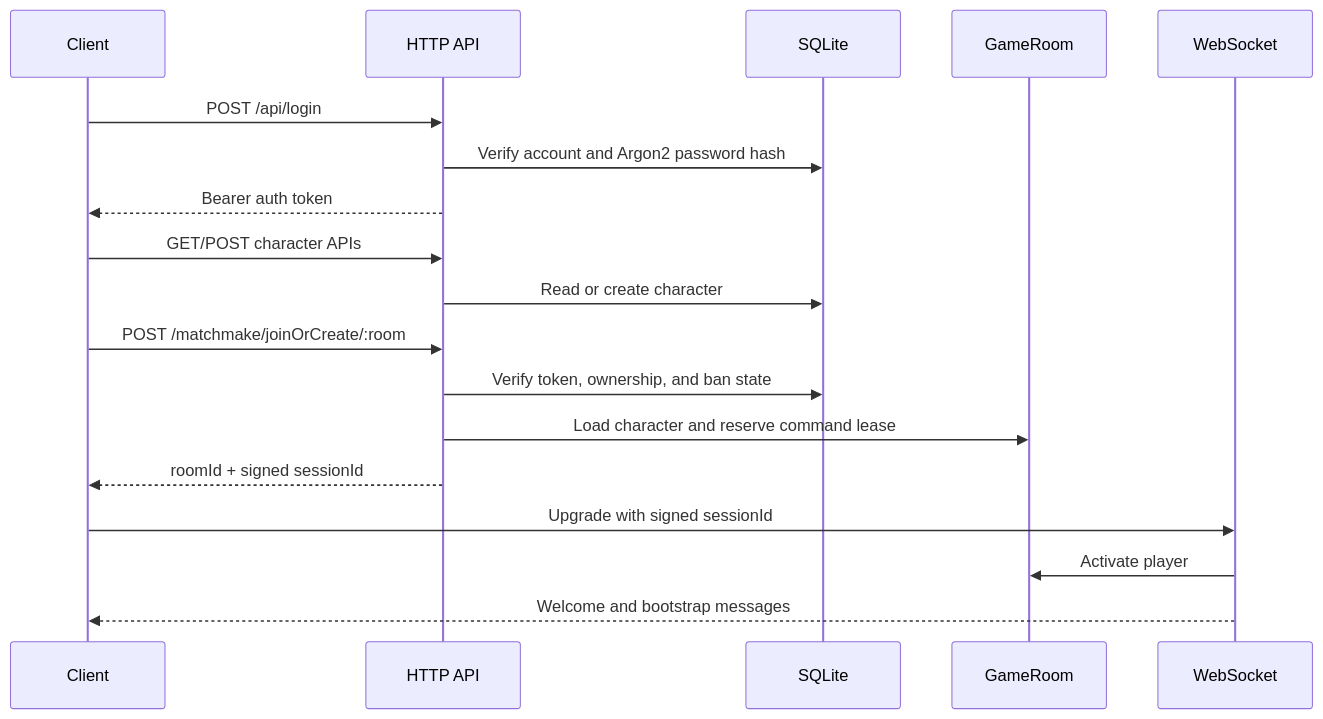
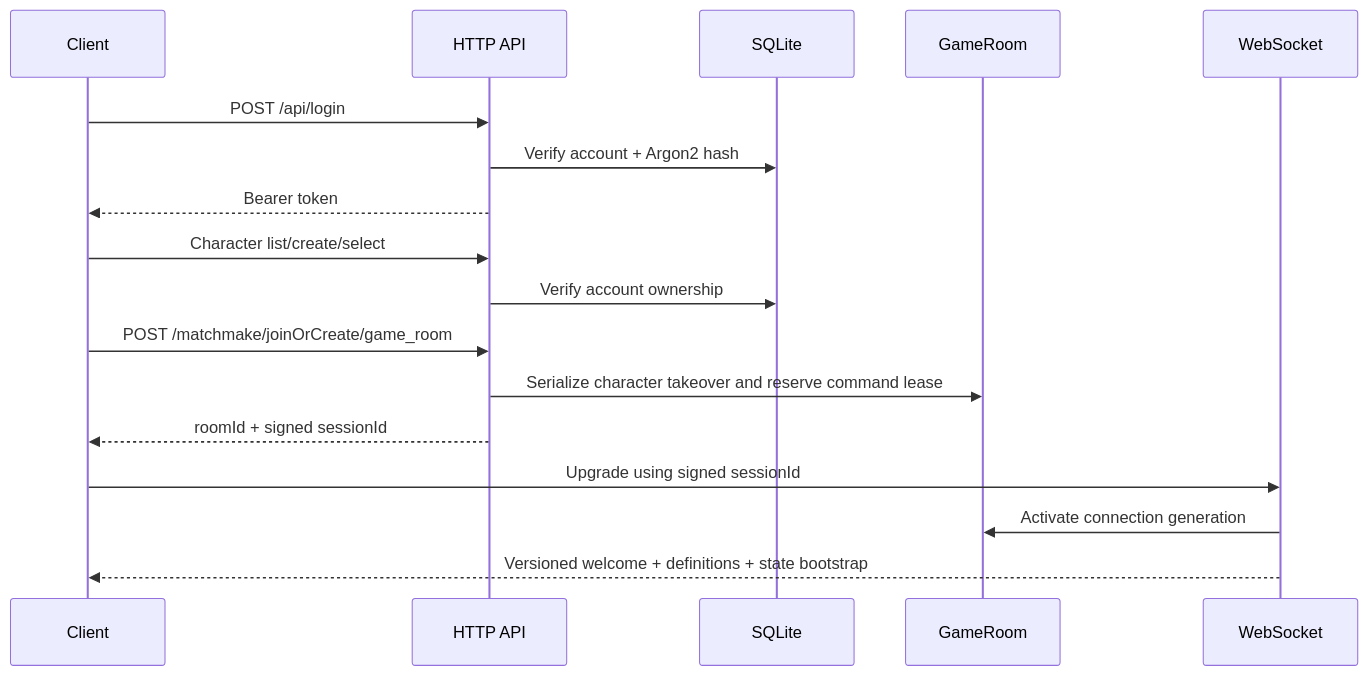
Before and after one commit to ironiamison/isometric-game: the third of 3 diagrams in ARCHITECTURE.md, drawn with Mermaid. The commit also changed other lines of this file and 2 other files, not shown here.

````diff
--- a/ARCHITECTURE.md
+++ b/ARCHITECTURE.md
@@ -151,21 +206,20 @@
 ```mermaid
 sequenceDiagram
     participant C as Client
     participant H as HTTP API
-    participant DB as SQLite
+    participant D as SQLite
     participant R as GameRoom
     participant W as WebSocket
 
     C->>H: POST /api/login
-    H->>DB: Verify account and Argon2 password hash
-    H-->>C: Bearer auth token
-    C->>H: GET/POST character APIs
-    H->>DB: Read or create character
-    C->>H: POST /matchmake/joinOrCreate/:room
-    H->>DB: Verify token, ownership, and ban state
-    H->>R: Load character and reserve command lease
+    H->>D: Verify account + Argon2 hash
+    H-->>C: Bearer token
+    C->>H: Character list/create/select
+    H->>D: Verify account ownership
+    C->>H: POST /matchmake/joinOrCreate/game_room
+    H->>R: Serialize character takeover and reserve command lease
     H-->>C: roomId + signed sessionId
-    C->>W: Upgrade with signed sessionId
-    W->>R: Activate player
-    W-->>C: Welcome and bootstrap messages
+    C->>W: Upgrade using signed sessionId
+    W->>R: Activate connection generation
+    W-->>C: Versioned welcome + definitions + state bootstrap
 ```
````
